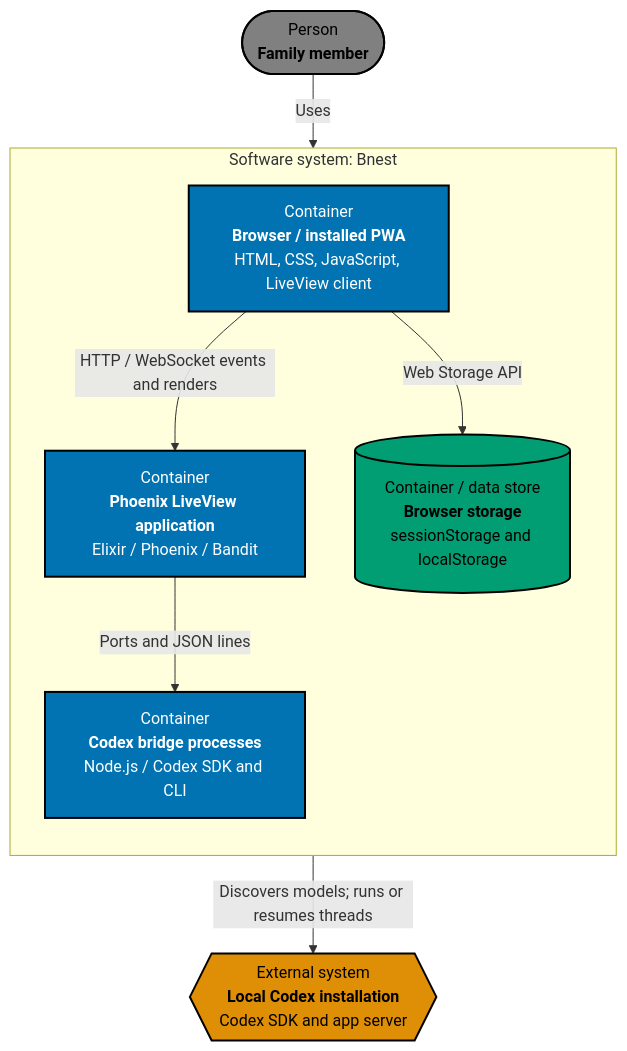
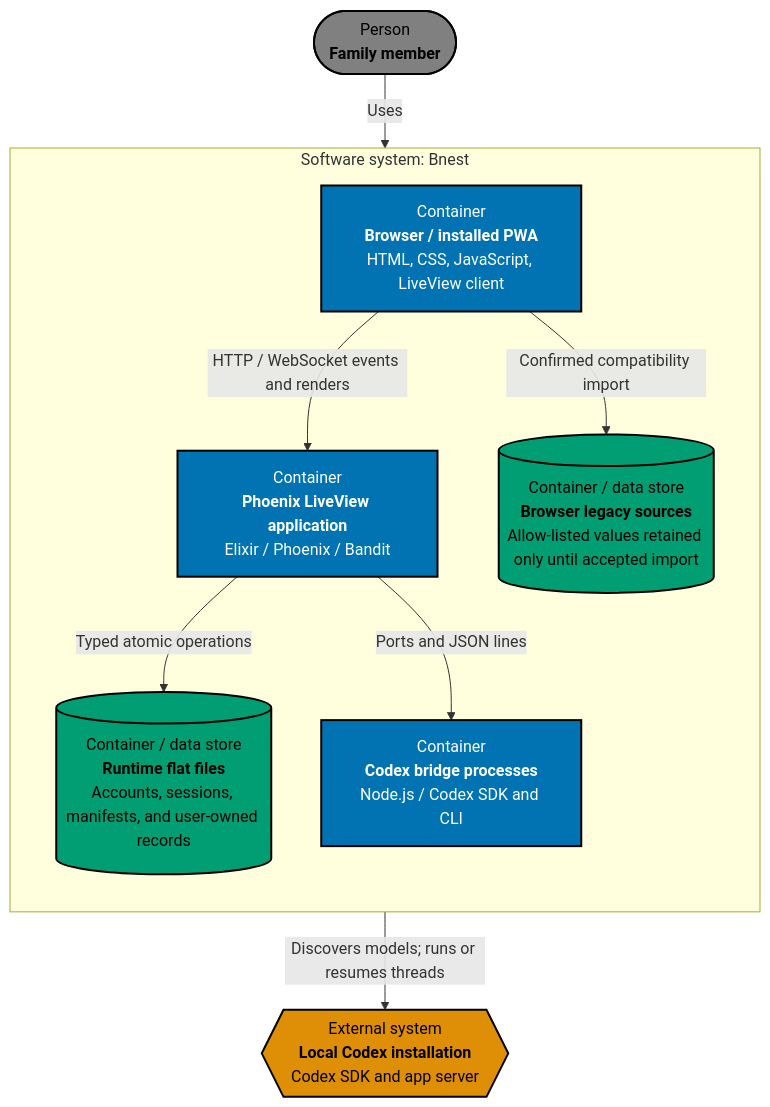
One commit to wahidyankf/beaver-nest changed the second of 3 diagrams in specs/apps/bnest/app/architecture.md. Above: the diagram before and after it, drawn with Mermaid. The commit also changed other lines of this file and 93 other files, not shown here.

Commit message:
feat(bnest): centralize authenticated user data

````diff
--- a/specs/apps/bnest/app/architecture.md
+++ b/specs/apps/bnest/app/architecture.md
@@ -32,30 +32,32 @@
 ```mermaid
 %% Accessible palette: blue #0173B2, orange #DE8F05, teal #029E73, gray #808080
 flowchart TB
     visitor(["Person<br/><b>Family member</b>"])
     codex{{"External system<br/><b>Local Codex installation</b><br/>Codex SDK and app server"}}
 
     subgraph bnest["Software system: Bnest"]
         direction TB
         browser["Container<br/><b>Browser / installed PWA</b><br/>HTML, CSS, JavaScript, LiveView client"]
-        storage[("Container / data store<br/><b>Browser storage</b><br/>sessionStorage and localStorage")]
+        legacy[("Container / data store<br/><b>Browser legacy sources</b><br/>Allow-listed values retained only until accepted import")]
         phoenix["Container<br/><b>Phoenix LiveView application</b><br/>Elixir / Phoenix / Bandit"]
+        runtime[("Container / data store<br/><b>Runtime flat files</b><br/>Accounts, sessions, manifests, and user-owned records")]
         bridge["Container<br/><b>Codex bridge processes</b><br/>Node.js / Codex SDK and CLI"]
 
         browser -->|HTTP / WebSocket events and renders| phoenix
-        browser -->|Web Storage API| storage
+        browser -->|Confirmed compatibility import| legacy
+        phoenix -->|Typed atomic operations| runtime
         phoenix -->|Ports and JSON lines| bridge
     end
 
     visitor -->|Uses| browser
     bridge -->|Discovers models; runs or resumes threads| codex
 
     classDef person fill:#808080,stroke:#000000,color:#000000,stroke-width:2px
     classDef container fill:#0173B2,stroke:#000000,color:#FFFFFF,stroke-width:2px
     classDef data fill:#029E73,stroke:#000000,color:#000000,stroke-width:2px
     classDef external fill:#DE8F05,stroke:#000000,color:#000000,stroke-width:2px
     class visitor person
     class browser,phoenix,bridge container
-    class storage data
+    class legacy,runtime data
     class codex external
 ```
````
